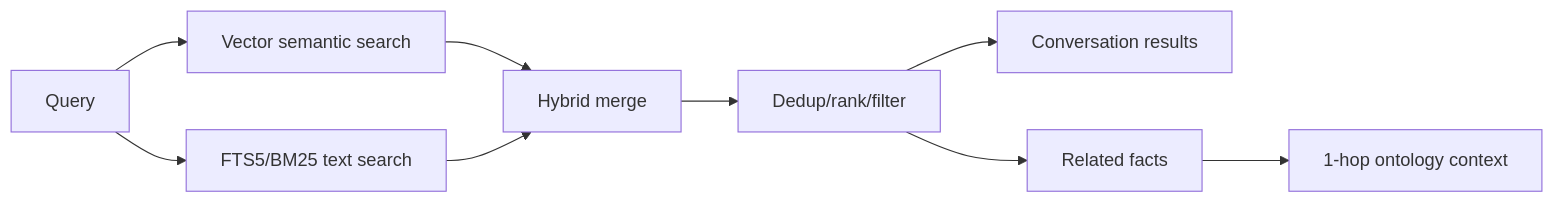
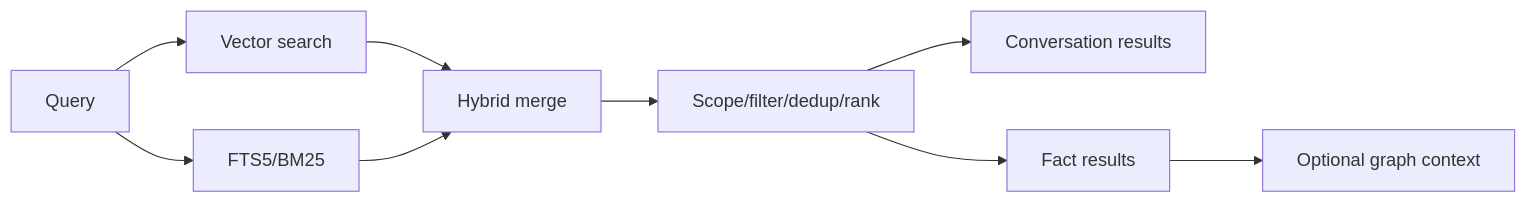
The first of 2 diagrams in docs/RETRIEVAL-AND-CONTEXT.md (BongSuCHOI/memex), drawn with Mermaid before and after one commit. The commit also changed other lines of this file and 21 other files, not shown here.

````diff
--- a/docs/RETRIEVAL-AND-CONTEXT.md
+++ b/docs/RETRIEVAL-AND-CONTEXT.md
@@ -5,11 +7,11 @@
 ```mermaid
 flowchart LR
-    Q[Query] --> V[Vector semantic search]
-    Q --> T[FTS5/BM25 text search]
+    Q[Query] --> V[Vector search]
+    Q --> T[FTS5/BM25]
     V --> H[Hybrid merge]
     T --> H
-    H --> D[Dedup/rank/filter]
+    H --> D[Scope/filter/dedup/rank]
     D --> C[Conversation results]
-    D --> F[Related facts]
-    F --> G[1-hop ontology context]
+    D --> F[Fact results]
+    F --> G[Optional graph context]
 ```
````
